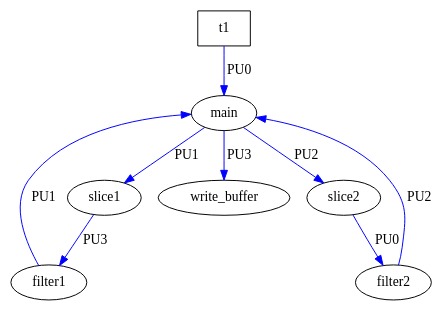
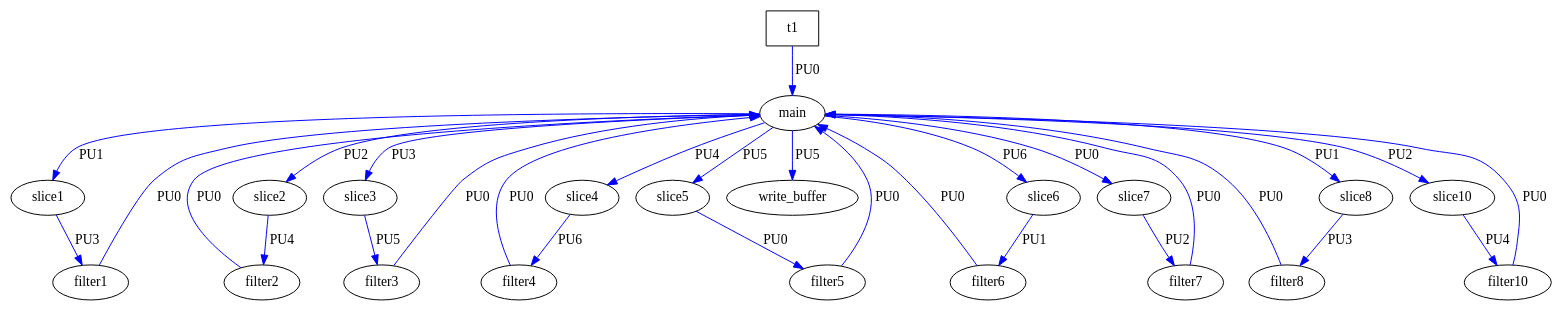
Before and after one commit to samujoaz/ArchiDSE: the diagram in graph.dot, drawn with Graphviz. The commit also changed 261 other files, not shown here.

```diff
--- a/graph.dot
+++ b/graph.dot
@@ -1,18 +1,53 @@
 digraph my_graph {
   overlap = scale;
    main[label="main"];
    slice1[label="slice1"];
    slice2[label="slice2"];
+   slice3[label="slice3"];
+   slice4[label="slice4"];
+   slice5[label="slice5"];
+   slice6[label="slice6"];
+   slice7[label="slice7"];
+   slice8[label="slice8"];
+   slice10[label="slice10"];
    filter1[label="filter1"];
    filter2[label="filter2"];
+   filter3[label="filter3"];
+   filter4[label="filter4"];
+   filter5[label="filter5"];
+   filter6[label="filter6"];
+   filter7[label="filter7"];
+   filter8[label="filter8"];
+   filter10[label="filter10"];
    write_buffer[label="write_buffer"];
    t1[label="t1",shape=box ];
    t1 -> main[label="PU0", color=blue];
    main -> slice1[label="PU1", color=blue];
    main -> slice2[label="PU2", color=blue];
+   main -> slice3[label="PU3", color=blue];
+   main -> slice4[label="PU4", color=blue];
+   main -> slice5[label="PU5", color=blue];
+   main -> slice6[label="PU6", color=blue];
+   main -> slice7[label="PU0", color=blue];
+   main -> slice8[label="PU1", color=blue];
+   main -> slice10[label="PU2", color=blue];
    slice1 -> filter1[label="PU3", color=blue];
-   slice2 -> filter2[label="PU0", color=blue];
-   filter1 -> main[label="PU1", color=blue];
-   filter2 -> main[label="PU2", color=blue];
-   main -> write_buffer[label="PU3", color=blue];
+   slice2 -> filter2[label="PU4", color=blue];
+   slice3 -> filter3[label="PU5", color=blue];
+   slice4 -> filter4[label="PU6", color=blue];
+   slice5 -> filter5[label="PU0", color=blue];
+   slice6 -> filter6[label="PU1", color=blue];
+   slice7 -> filter7[label="PU2", color=blue];
+   slice8 -> filter8[label="PU3", color=blue];
+   slice10 -> filter10[label="PU4", color=blue];
+   filter1 -> main[label="PU0", color=blue];
+   filter2 -> main[label="PU0", color=blue];
+   filter3 -> main[label="PU0", color=blue];
+   filter4 -> main[label="PU0", color=blue];
+   filter5 -> main[label="PU0", color=blue];
+   filter6 -> main[label="PU0", color=blue];
+   filter7 -> main[label="PU0", color=blue];
+   filter8 -> main[label="PU0", color=blue];
+   filter10 -> main[label="PU0", color=blue];
+   main -> write_buffer[label="PU5", color=blue];
 }
```
